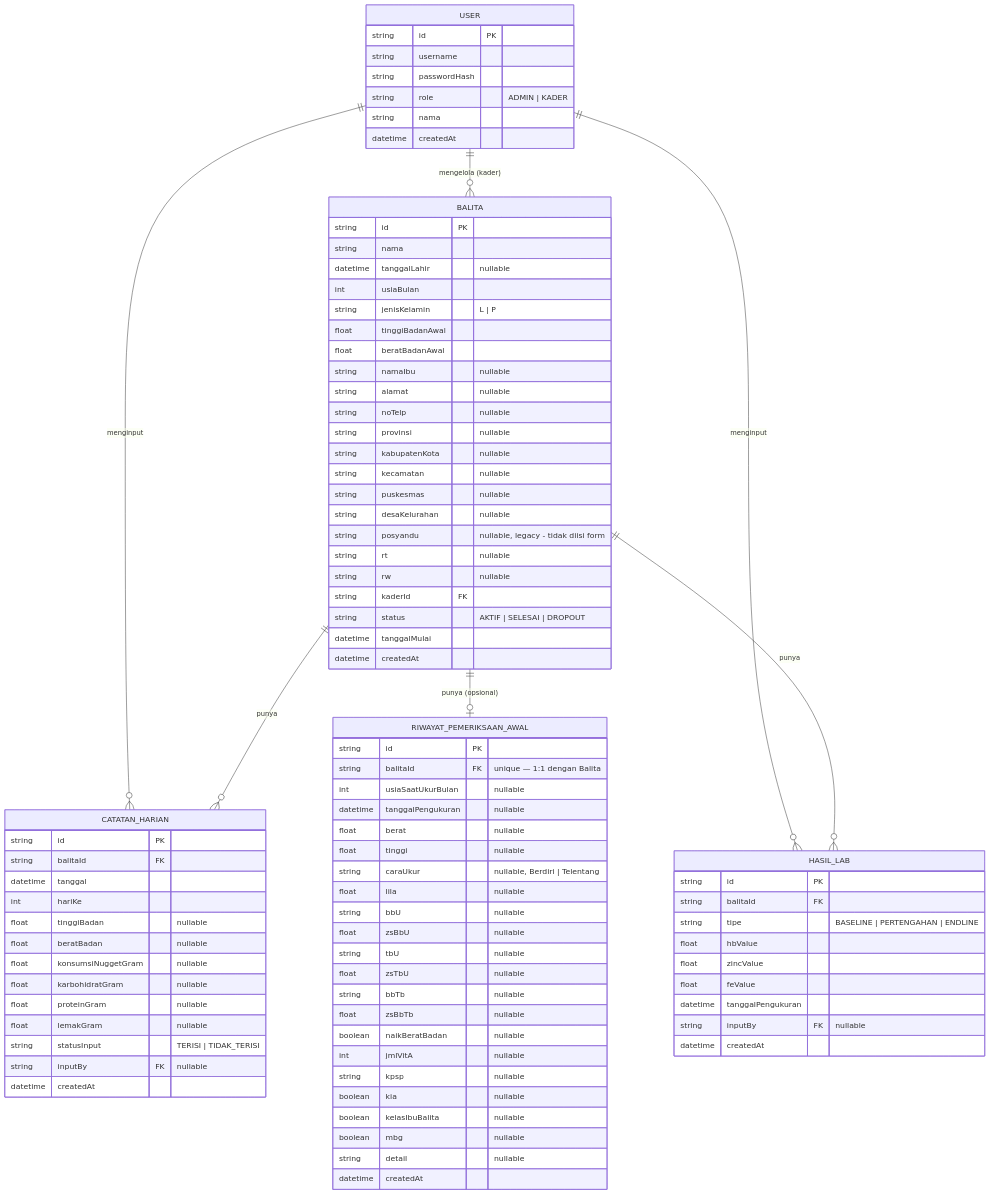
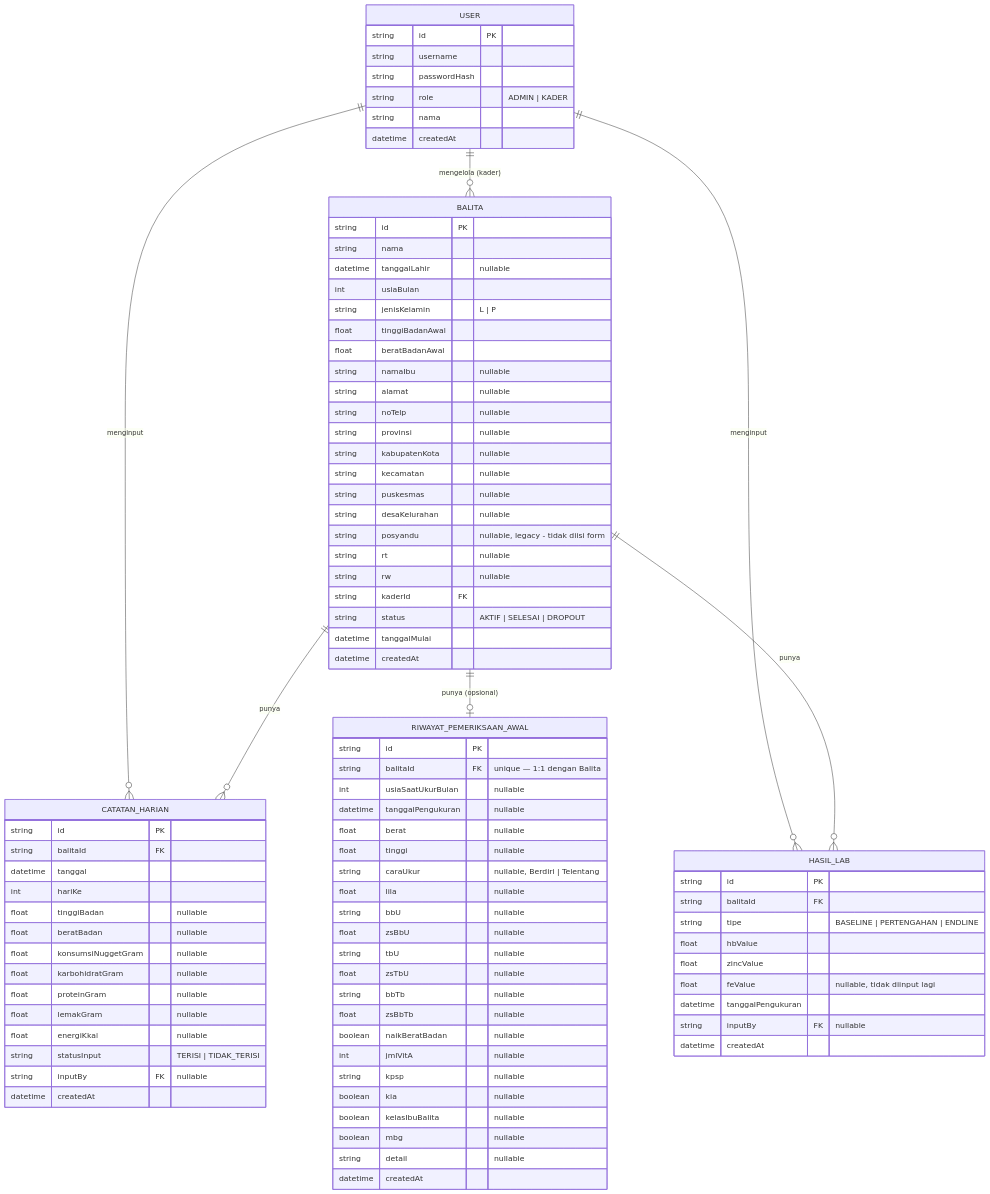
Before and after one commit to Makipak/pakanBayi: the diagram in schema.md, drawn with Mermaid. The commit also changed other lines of this file and 22 other files, not shown here.

First line of the commit message:
feat: kalender studi per balita (tanggal hari ke-1 oleh admin), hapus input Fe, tambah energi (kkal)

```diff
--- a/schema.md
+++ b/schema.md
@@ -97,6 +102,7 @@
         float karbohidratGram "nullable"
         float proteinGram "nullable"
         float lemakGram "nullable"
+        float energiKkal "nullable"
         string statusInput "TERISI | TIDAK_TERISI"
         string inputBy FK "nullable"
         datetime createdAt
@@ -108,7 +114,7 @@
         string tipe "BASELINE | PERTENGAHAN | ENDLINE"
         float hbValue
         float zincValue
-        float feValue
+        float feValue "nullable, tidak diinput lagi"
         datetime tanggalPengukuran
         string inputBy FK "nullable"
         datetime createdAt
```
